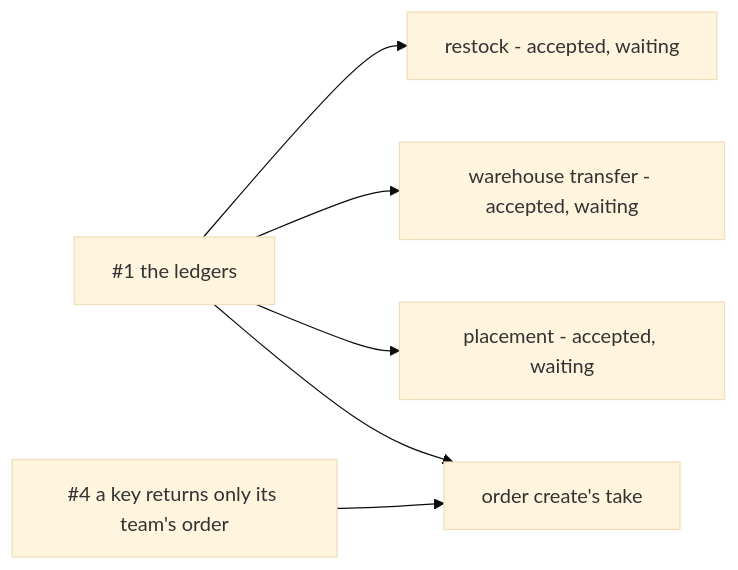
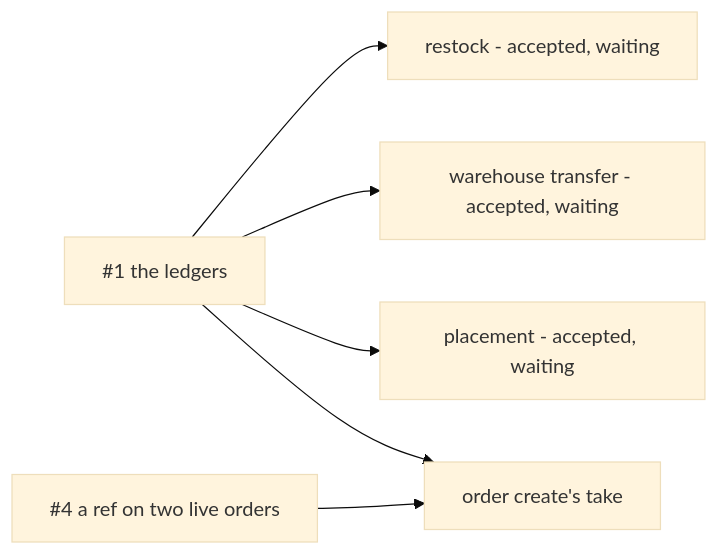
One commit to pdcgo/warehouse_revamp changed the diagram in docs/biggest_question.md. Above: the diagram before and after it, drawn with Mermaid (base theme). The commit also changed other lines of this file and 13 other files, not shown here.

First line of the commit message:
docs(order,inventory): the stock take's checks, one key per submit, a duplicate ref warned, both teams named

````diff
--- a/docs/biggest_question.md
+++ b/docs/biggest_question.md
@@ -75,8 +84,8 @@
 ```mermaid
 flowchart LR
   L["#1 the ledgers"] --> R["restock - accepted, waiting"]
   L --> T["warehouse transfer - accepted, waiting"]
   L --> P["placement - accepted, waiting"]
   L --> O["order create's take"]
-  K["#4 a key returns only its team's order"] --> O
+  K["#4 a ref on two live orders"] --> O
 ```
````
